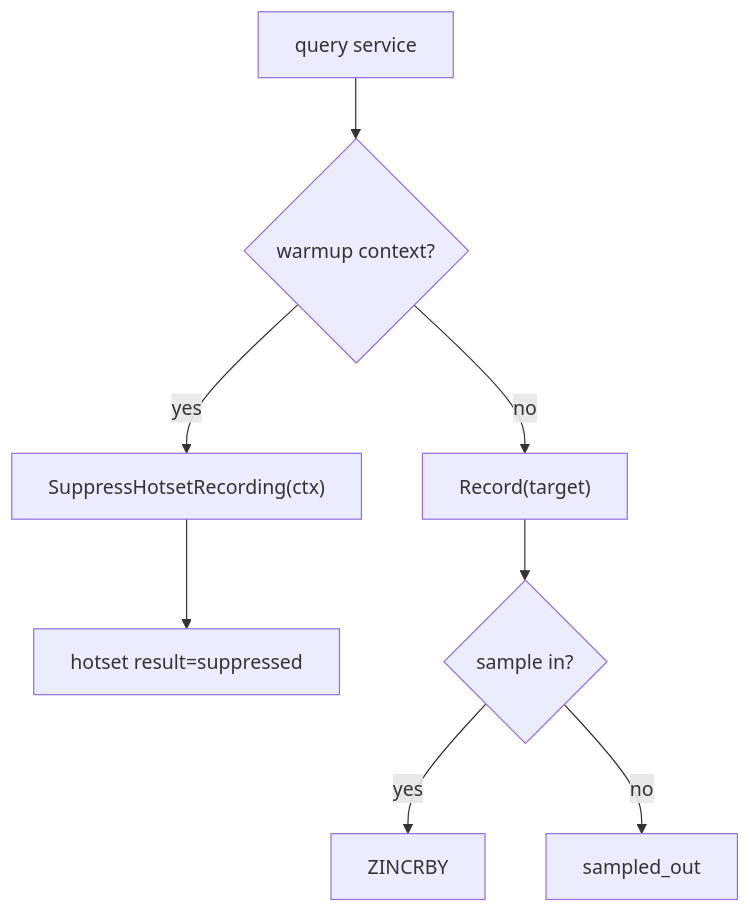
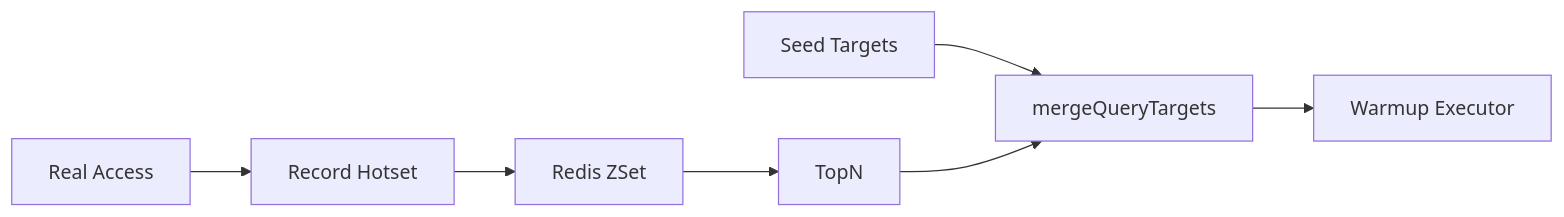
Before and after one commit to FangcunMount/qs-server: the fourth of 4 diagrams in docs/03-基础设施/redis/05-Hotset与WarmupTarget模型.md, drawn with Mermaid. The commit also changed other lines of this file and 10 other files, not shown here.

````diff
--- a/docs/03-基础设施/redis/05-Hotset与WarmupTarget模型.md
+++ b/docs/03-基础设施/redis/05-Hotset与WarmupTarget模型.md
@@ -77,10 +494,9 @@
 ```mermaid
-flowchart TD
-    Query["query service"] --> Warmup{"warmup context?"}
-    Warmup -->|yes| Suppress["SuppressHotsetRecording(ctx)"]
-    Warmup -->|no| Record["Record(target)"]
-    Suppress --> Skip["hotset result=suppressed"]
-    Record --> Sample{"sample in?"}
-    Sample -->|yes| ZSet["ZINCRBY"]
-    Sample -->|no| Out["sampled_out"]
+flowchart LR
+    access["Real Access"] --> record["Record Hotset"]
+    record --> zset["Redis ZSet"]
+    zset --> top["TopN"]
+    seed["Seed Targets"] --> merge["mergeQueryTargets"]
+    top --> merge
+    merge --> execute["Warmup Executor"]
 ```
````
